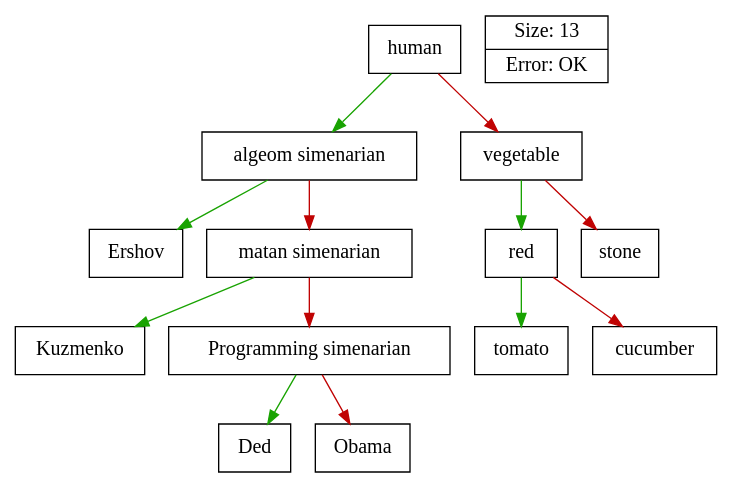
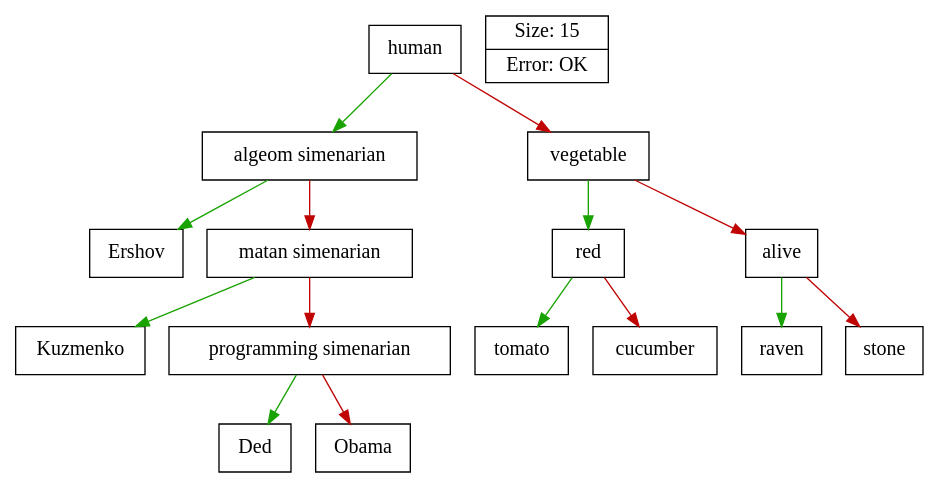
One commit to apselon/Akinator changed the diagram in tree_image.dot. Above: the diagram before and after it, drawn with Graphviz. The commit also changed 7 other files, not shown here.

```diff
--- a/tree_image.dot
+++ b/tree_image.dot
@@ -1,55 +1,63 @@
 digraph List {
 	node [shape="record", fontsize=15] ;
 	rankdir=TB;
-	"0x5596a27f3810" [label = "{Ershov}"]
-	"0x5596a27f33c0" [label = "{Kuzmenko}"]
-	"0x5596a27f31a0" [label = "{Ded}"]
-	"0x5596a27f30c0" [label = "{Obama}"]
-	"0x5596a27f3280" [label = "{Programming simenarian}"]
-	"0x5596a27f37a0" [label = "{matan simenarian}"]
-	"0x5596a27f3ba0" [label = "{algeom simenarian}"]
-	"0x5596a27f3320" [label = "{tomato}"]
-	"0x5596a27f4080" [label = "{cucumber}"]
-	"0x5596a27f3210" [label = "{red}"]
-	"0x5596a27f4120" [label = "{stone}"]
-	"0x5596a27f3130" [label = "{vegetable}"]
-	"0x5596a27f3000" [label = "{human}"]
+	"0x556235778a10" [label = "{Ershov}"]
+	"0x556235778b50" [label = "{Kuzmenko}"]
+	"0x556235778c90" [label = "{Ded}"]
+	"0x556235778d30" [label = "{Obama}"]
+	"0x556235778bf0" [label = "{programming simenarian}"]
+	"0x556235778ab0" [label = "{matan simenarian}"]
+	"0x556235778970" [label = "{algeom simenarian}"]
+	"0x556235778f10" [label = "{tomato}"]
+	"0x556235778fb0" [label = "{cucumber}"]
+	"0x556235778e70" [label = "{red}"]
+	"0x5562357790f0" [label = "{raven}"]
+	"0x556235779190" [label = "{stone}"]
+	"0x556235779050" [label = "{alive}"]
+	"0x556235778dd0" [label = "{vegetable}"]
+	"0x5562357778c0" [label = "{human}"]
 	edge [color = "#19A302"] ;
-	"0x5596a27f3000" -> "0x5596a27f3ba0";
+	"0x5562357778c0" -> "0x556235778970";
 	edge [color = "#19A302"] ;
-	"0x5596a27f3ba0" -> "0x5596a27f3810";
+	"0x556235778970" -> "0x556235778a10";
 	edge [color = "#19A302"] ;
 	edge [color = "#C00303"] ;
 	edge [color = "#C00303"] ;
-	"0x5596a27f3ba0" -> "0x5596a27f37a0";
+	"0x556235778970" -> "0x556235778ab0";
 	edge [color = "#19A302"] ;
-	"0x5596a27f37a0" -> "0x5596a27f33c0";
+	"0x556235778ab0" -> "0x556235778b50";
 	edge [color = "#19A302"] ;
 	edge [color = "#C00303"] ;
 	edge [color = "#C00303"] ;
-	"0x5596a27f37a0" -> "0x5596a27f3280";
+	"0x556235778ab0" -> "0x556235778bf0";
 	edge [color = "#19A302"] ;
-	"0x5596a27f3280" -> "0x5596a27f31a0";
+	"0x556235778bf0" -> "0x556235778c90";
 	edge [color = "#19A302"] ;
 	edge [color = "#C00303"] ;
 	edge [color = "#C00303"] ;
-	"0x5596a27f3280" -> "0x5596a27f30c0";
+	"0x556235778bf0" -> "0x556235778d30";
 	edge [color = "#19A302"] ;
 	edge [color = "#C00303"] ;
 	edge [color = "#C00303"] ;
-	"0x5596a27f3000" -> "0x5596a27f3130";
+	"0x5562357778c0" -> "0x556235778dd0";
 	edge [color = "#19A302"] ;
-	"0x5596a27f3130" -> "0x5596a27f3210";
+	"0x556235778dd0" -> "0x556235778e70";
 	edge [color = "#19A302"] ;
-	"0x5596a27f3210" -> "0x5596a27f3320";
+	"0x556235778e70" -> "0x556235778f10";
 	edge [color = "#19A302"] ;
 	edge [color = "#C00303"] ;
 	edge [color = "#C00303"] ;
-	"0x5596a27f3210" -> "0x5596a27f4080";
+	"0x556235778e70" -> "0x556235778fb0";
 	edge [color = "#19A302"] ;
 	edge [color = "#C00303"] ;
 	edge [color = "#C00303"] ;
-	"0x5596a27f3130" -> "0x5596a27f4120";
+	"0x556235778dd0" -> "0x556235779050";
+	edge [color = "#19A302"] ;
+	"0x556235779050" -> "0x5562357790f0";
 	edge [color = "#19A302"] ;
 	edge [color = "#C00303"] ;
-info [label = "{Size: 13 | Error: OK}"]}
+	edge [color = "#C00303"] ;
+	"0x556235779050" -> "0x556235779190";
+	edge [color = "#19A302"] ;
+	edge [color = "#C00303"] ;
+info [label = "{Size: 15 | Error: OK}"]}
```
